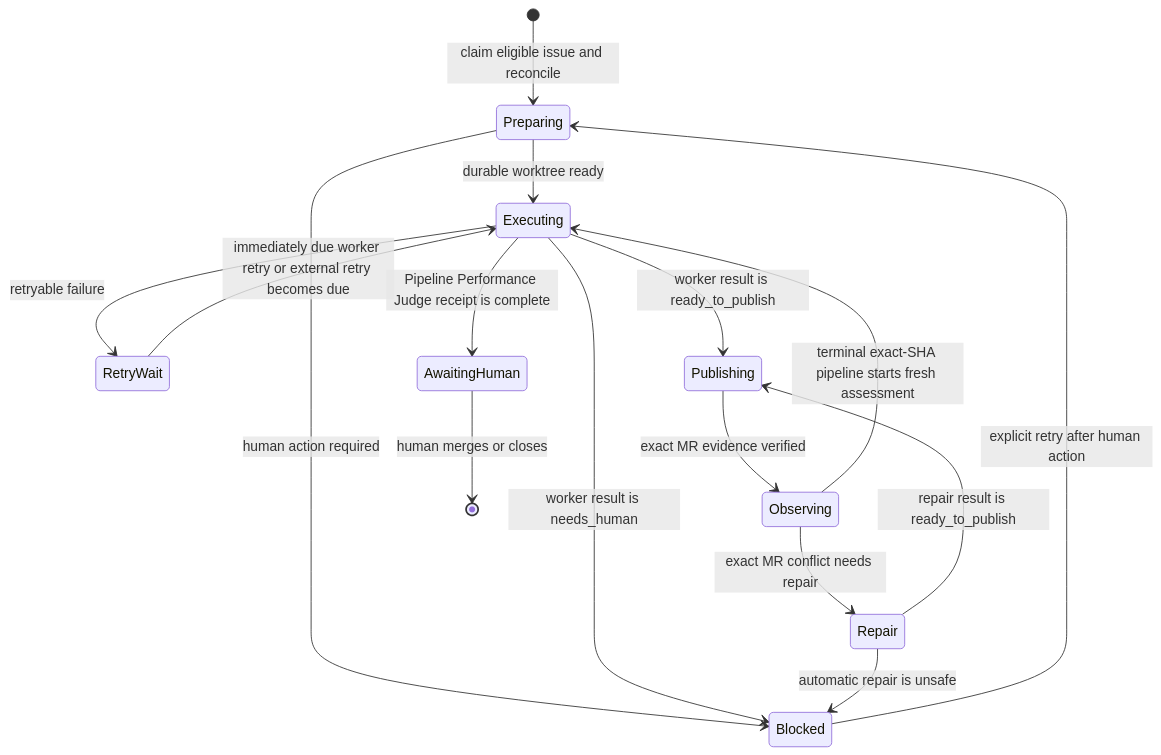
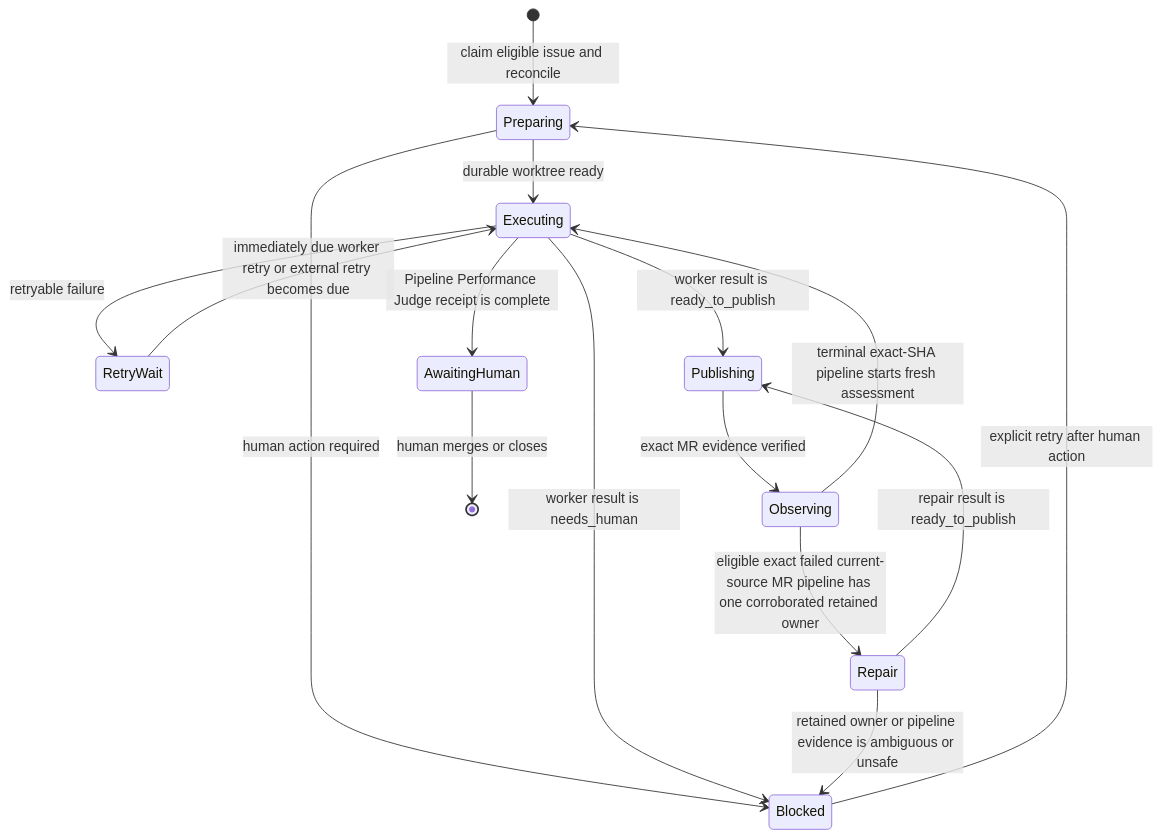
One commit to dfwguy/nvis-ova-agentic-copier changed the diagram in docs/explanation/serial-agent-loop-recovery-design.md. Above: the diagram before and after it, drawn with Mermaid. The commit also changed other lines of this file and 23 other files, not shown here.

Commit message:
Repair failed pipelines without blocking the loop

````diff
--- a/docs/explanation/serial-agent-loop-recovery-design.md
+++ b/docs/explanation/serial-agent-loop-recovery-design.md
@@ -97,18 +97,18 @@
 ```mermaid
 stateDiagram-v2
     [*] --> Preparing: claim eligible issue and reconcile
     Preparing --> Executing: durable worktree ready
     Executing --> RetryWait: retryable failure
     RetryWait --> Executing: immediately due worker retry or external retry becomes due
     Executing --> Publishing: worker result is ready_to_publish
     Publishing --> Observing: exact MR evidence verified
-    Observing --> Repair: exact MR conflict needs repair
+    Observing --> Repair: eligible exact failed current-source MR pipeline has one corroborated retained owner
     Observing --> Executing: terminal exact-SHA pipeline starts fresh assessment
     Repair --> Publishing: repair result is ready_to_publish
     Executing --> AwaitingHuman: Pipeline Performance Judge receipt is complete
     Preparing --> Blocked: human action required
     Executing --> Blocked: worker result is needs_human
-    Repair --> Blocked: automatic repair is unsafe
+    Repair --> Blocked: retained owner or pipeline evidence is ambiguous or unsafe
     Blocked --> Preparing: explicit retry after human action
     AwaitingHuman --> [*]: human merges or closes
 ```
````
